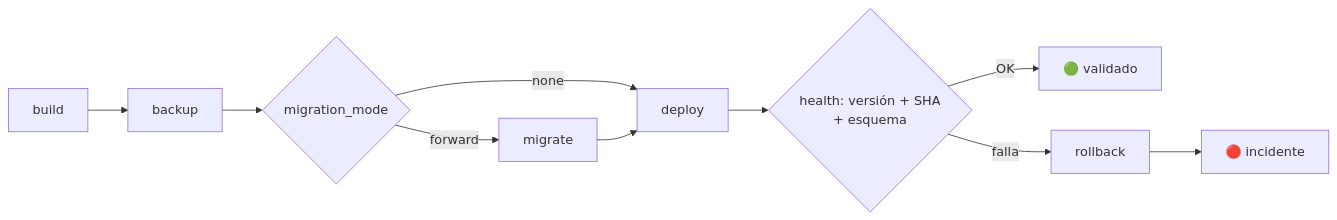
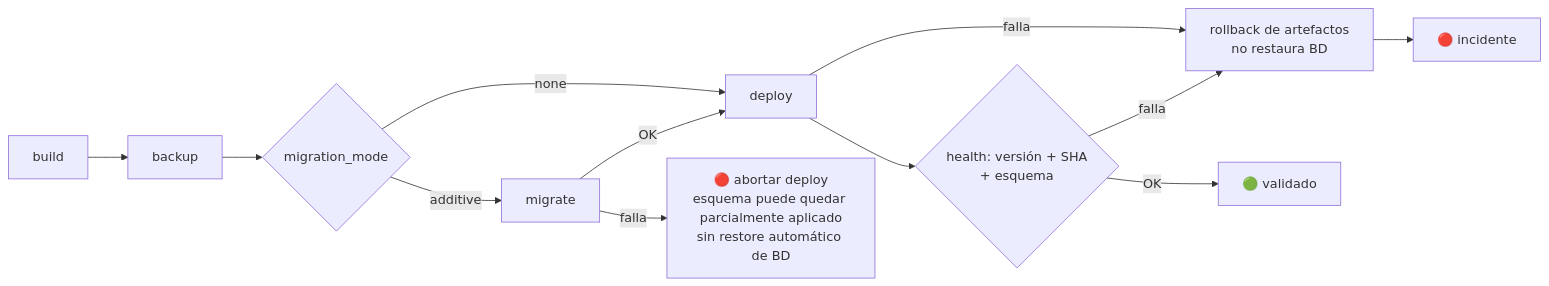
One commit to pl0n3r/Factory changed the fourth of 5 diagrams in docs/arquitectura-tecnica.md. Above: the diagram before and after it, drawn with Mermaid. The commit also changed other lines of this file, not shown here.

Commit message:
docs(arquitectura): precisar migración y rollback del deploy

````diff
--- a/docs/arquitectura-tecnica.md
+++ b/docs/arquitectura-tecnica.md
@@ -373,9 +373,13 @@
 ```mermaid
 flowchart LR
     B[build] --> BK[backup] --> M{migration_mode}
     M -->|none| DP[deploy]
-    M -->|forward| MG[migrate] --> DP
+    M -->|additive| MG[migrate]
+    MG -->|OK| DP
+    MG -->|falla| MX[🔴 abortar deploy<br/>esquema puede quedar parcialmente aplicado<br/>sin restore automático de BD]
     DP --> HC{health: versión + SHA<br/>+ esquema}
+    DP -->|falla| RB[rollback de artefactos<br/>no restaura BD]
     HC -->|OK| V[🟢 validado]
-    HC -->|falla| RB[rollback] --> X[🔴 incidente]
+    HC -->|falla| RB
+    RB --> X[🔴 incidente]
 ```
````
